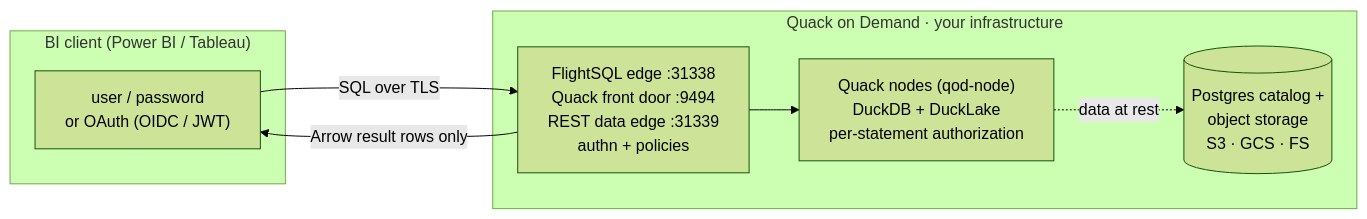
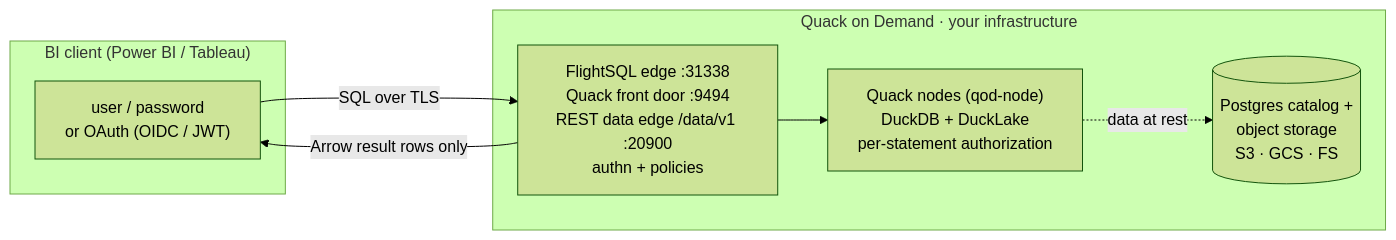
The diagram in README.md (starlake-ai/quack-on-demand), drawn with Mermaid (forest theme) before and after one commit. The commit also changed other lines of this file and 14 other files, not shown here.

First line of the commit message:
docs(rest): the data edge on the manager port, and how to expose it

````diff
--- a/README.md
+++ b/README.md
@@ -348,17 +402,17 @@
 ```mermaid
 flowchart LR
     subgraph client["BI client (Power BI / Tableau)"]
         bi["user / password<br/>or OAuth (OIDC / JWT)"]
     end
 
     subgraph server["Quack on Demand · your infrastructure"]
-        edge["FlightSQL edge :31338<br/>Quack front door :9494<br/>REST data edge :31339<br/>authn + policies"]
+        edge["FlightSQL edge :31338<br/>Quack front door :9494<br/>REST data edge /data/v1 :20900<br/>authn + policies"]
         node["Quack nodes (qod-node)<br/>DuckDB + DuckLake<br/>per-statement authorization"]
         store[("Postgres catalog +<br/>object storage<br/>S3 · GCS · FS")]
         edge --> node
         node -. data at rest .-> store
     end
 
     bi -- "SQL over TLS" --> edge
     edge -- "Arrow result rows only" --> bi
 ```
````
